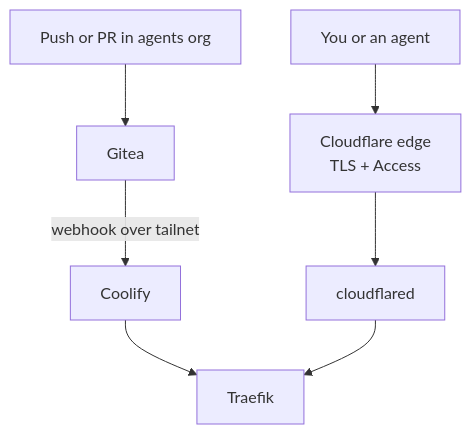
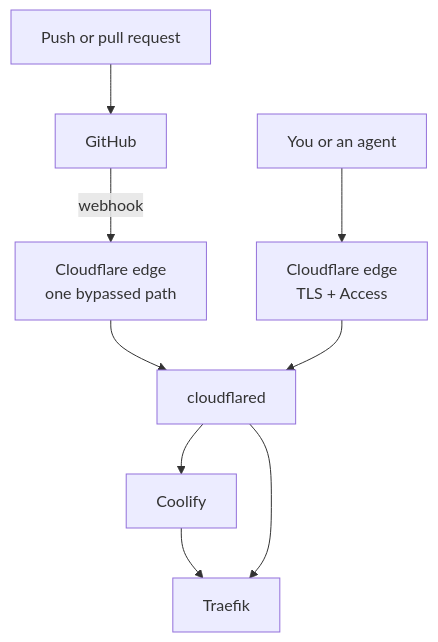
One commit to osrim/voliere changed the third of 4 diagrams in docs/design.md. Above: the diagram before and after it, drawn with Mermaid. The commit also changed other lines of this file and 1 other file, not shown here.

First line of the commit message:
docs(design): move the agents from Gitea to GitHub

````diff
--- a/docs/design.md
+++ b/docs/design.md
@@ -201,9 +282,11 @@
 ```mermaid
 flowchart TB
-    pr["Push or PR in agents org"] --> gitea["Gitea"]
-    gitea -->|"webhook over tailnet"| coolify["Coolify"]
+    pr["Push or pull request"] --> gh["GitHub"]
+    gh -->|"webhook"| edge1["Cloudflare edge<br/>one bypassed path"]
+    edge1 --> cfd["cloudflared"]
+    cfd --> coolify["Coolify"]
     coolify --> traefik["Traefik"]
-    browser["You or an agent"] --> edge["Cloudflare edge<br/>TLS + Access"]
-    edge --> cfd["cloudflared"]
+    browser["You or an agent"] --> edge2["Cloudflare edge<br/>TLS + Access"]
+    edge2 --> cfd
     cfd --> traefik
 ```
````
